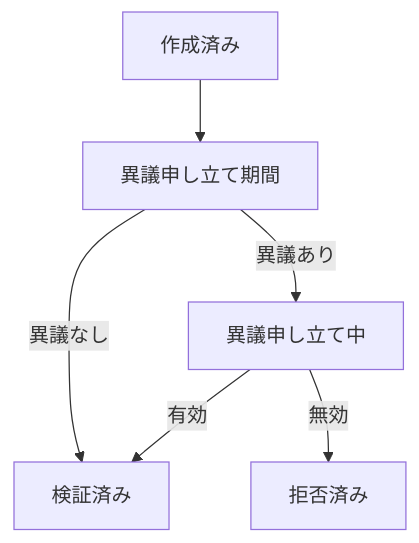
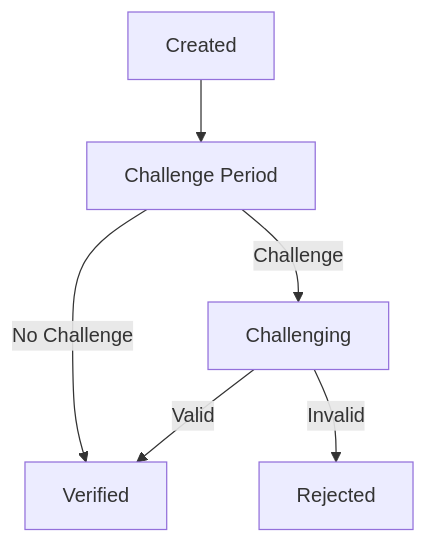
Before and after one commit to sunriselayer/gitbook: the first of 2 diagrams in ja/learn/sunrise/data-availability.md, drawn with Mermaid. The commit also changed other lines of this file and 19 other files, not shown here.

````diff
--- a/ja/learn/sunrise/data-availability.md
+++ b/ja/learn/sunrise/data-availability.md
@@ -82,8 +82,8 @@
 ```mermaid
 graph TD
-    A[作成済み] --> B[異議申し立て期間]
-    B -->|異議なし| C[検証済み]
-    B -->|異議あり| D[異議申し立て中]
-    D -->|有効| C
-    D -->|無効| E[拒否済み]
+    A[Created] --> B[Challenge Period]
+    B -->|No Challenge| C[Verified]
+    B -->|Challenge| D[Challenging]
+    D -->|Valid| C
+    D -->|Invalid| E[Rejected]
 ```
````
